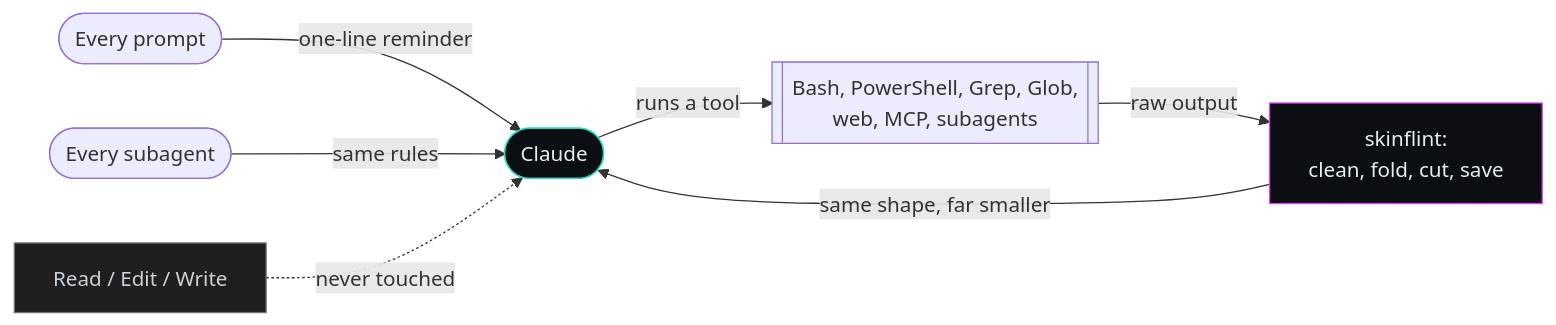
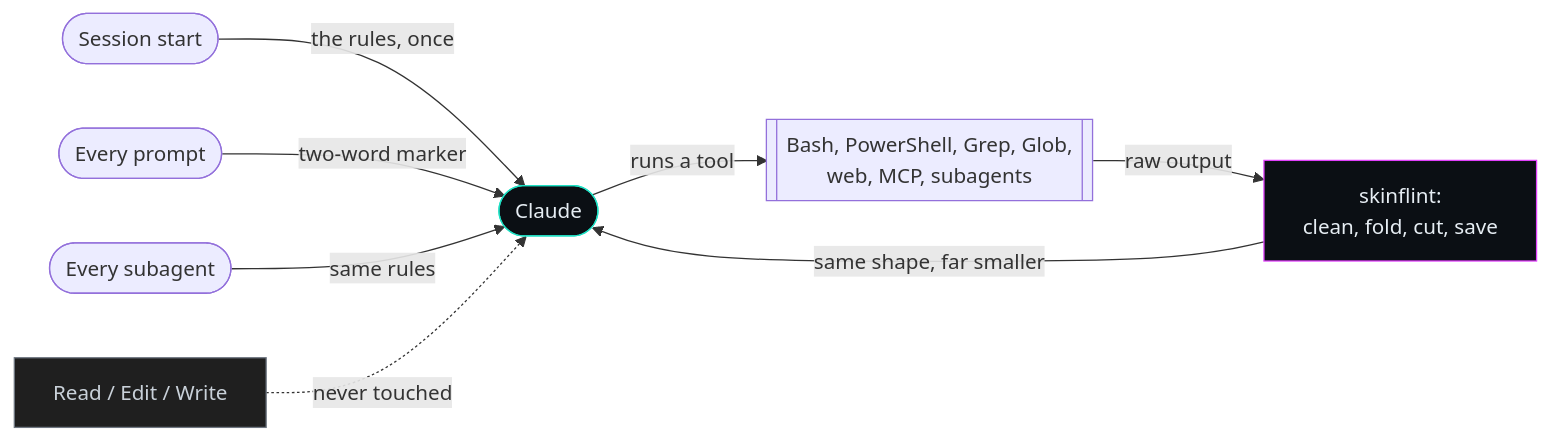
One commit to SkYn3t-Lab/skinflint changed the diagram in README.md. Above: the diagram before and after it, drawn with Mermaid. The commit also changed other lines of this file and 11 other files, not shown here.

````diff
--- a/README.md
+++ b/README.md
@@ -91,14 +78,15 @@
 ```mermaid
 %%{init: {"flowchart": {"curve": "basis", "wrappingWidth": 320}}}%%
 flowchart LR
-    U(["Every prompt"]) -->|one-line reminder| M(["Claude"])
+    S(["Session start"]) -->|the rules, once| M(["Claude"])
+    U(["Every prompt"]) -->|two-word marker| M
     A(["Every subagent"]) -->|same rules| M
     M -->|runs a tool| T[["Bash, PowerShell, Grep, Glob,<br/>web, MCP, subagents"]]
     T -->|raw output| C["skinflint:<br/>clean, fold, cut, save"]
     C -->|same shape, far smaller| M
     R["Read / Edit / Write"] -.->|never touched| M
     linkStyle default interpolate basis
     style M fill:#0B0F14,stroke:#1FE0C4,color:#e6edf3
     style C fill:#0B0F14,stroke:#E040FB,color:#e6edf3
     style R fill:#1f1f1f,stroke:#6e7681,color:#c9d1d9
 ```
````
